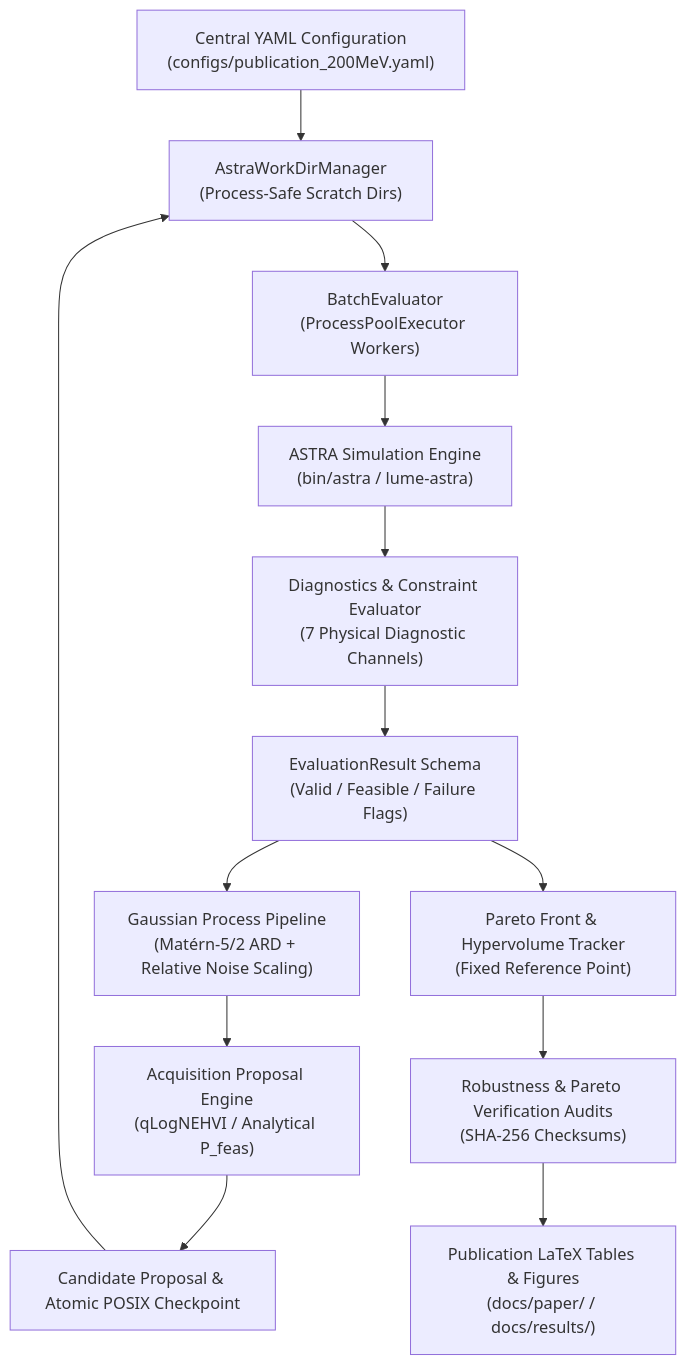
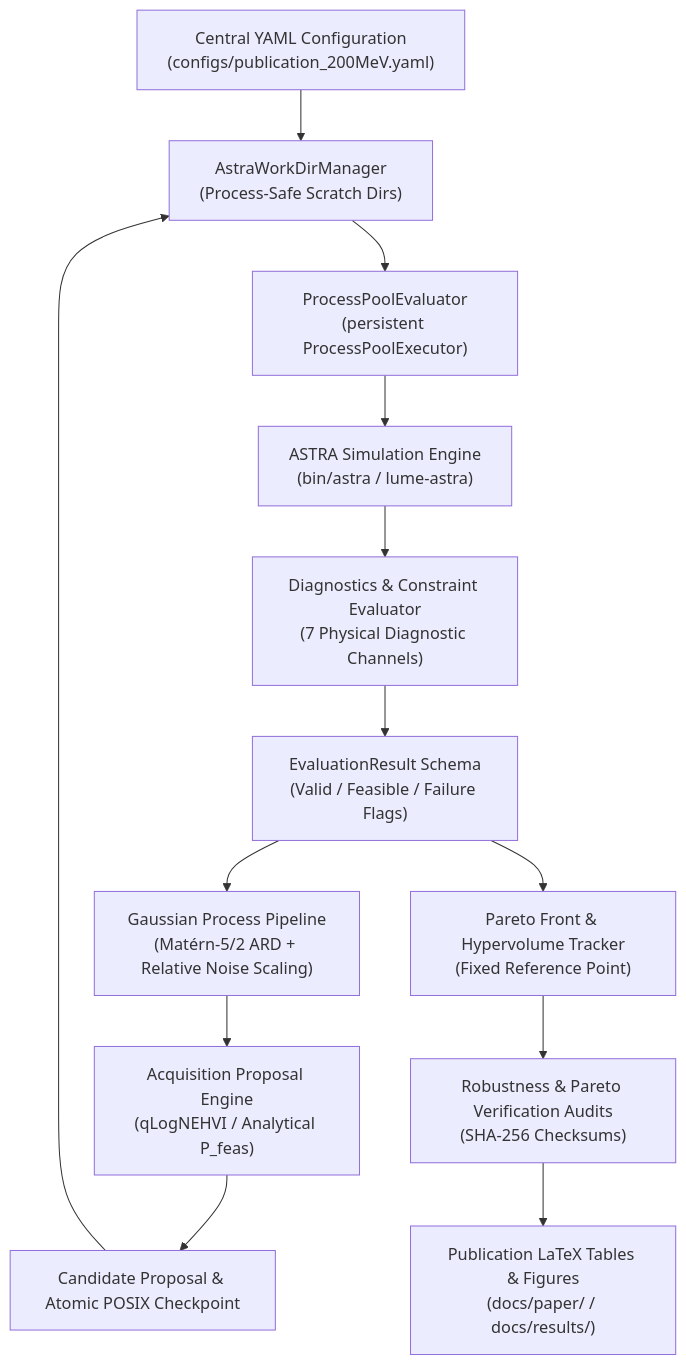
Before and after one commit to cspark7701/mobo-linac: the diagram in docs/repo_review.md, drawn with Mermaid. The commit also changed other lines of this file and 45 other files, not shown here.

````diff
--- a/docs/repo_review.md
+++ b/docs/repo_review.md
@@ -20,15 +20,15 @@
 ```mermaid
 graph TD
     A["Central YAML Configuration<br/>(configs/publication_200MeV.yaml)"] --> B["AstraWorkDirManager<br/>(Process-Safe Scratch Dirs)"]
-    B --> C["BatchEvaluator<br/>(ProcessPoolExecutor Workers)"]
+    B --> C["ProcessPoolEvaluator<br/>(persistent ProcessPoolExecutor)"]
     C --> D["ASTRA Simulation Engine<br/>(bin/astra / lume-astra)"]
     D --> E["Diagnostics & Constraint Evaluator<br/>(7 Physical Diagnostic Channels)"]
     E --> F["EvaluationResult Schema<br/>(Valid / Feasible / Failure Flags)"]
     F --> G["Gaussian Process Pipeline<br/>(Matérn-5/2 ARD + Relative Noise Scaling)"]
     G --> H["Acquisition Proposal Engine<br/>(qLogNEHVI / Analytical P_feas)"]
     H --> I["Candidate Proposal & Atomic POSIX Checkpoint"]
     I --> B
     F --> J["Pareto Front & Hypervolume Tracker<br/>(Fixed Reference Point)"]
     J --> K["Robustness & Pareto Verification Audits<br/>(SHA-256 Checksums)"]
     K --> L["Publication LaTeX Tables & Figures<br/>(docs/paper/ / docs/results/)"]
 ```
````
